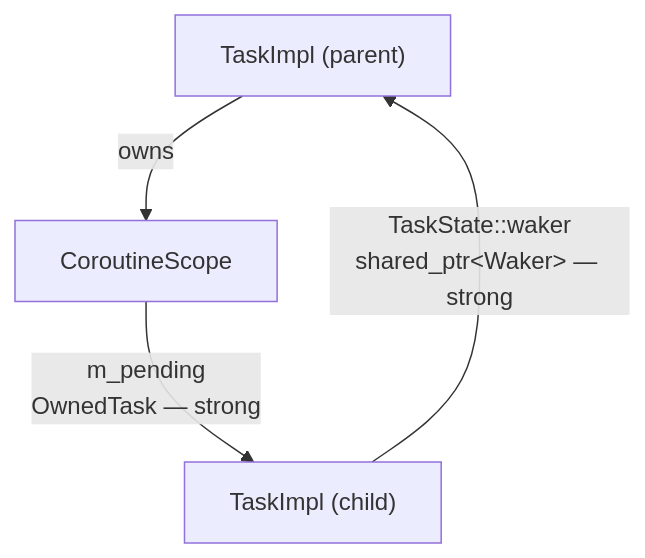
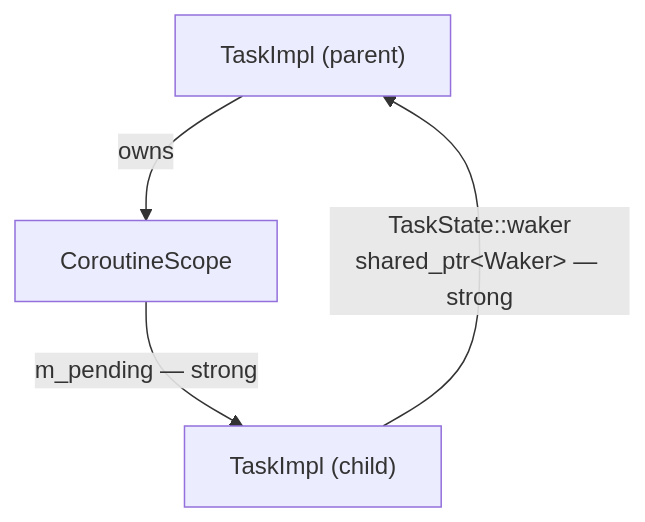
One commit to bts164/coro changed the first of 5 diagrams in doc/task_ownership.md. Above: the diagram before and after it, drawn with Mermaid. The commit also changed other lines of this file and 55 other files, not shown here.

````diff
--- a/doc/task_ownership.md
+++ b/doc/task_ownership.md
@@ -20,6 +16,6 @@
 ```mermaid
 graph TD
     Parent["TaskImpl (parent)"] -->|"owns"| Scope["CoroutineScope"]
-    Scope -->|"m_pending\nOwnedTask — strong"| ChildState["TaskImpl (child)"]
-    ChildState -->|"TaskState::waker\nshared_ptr&lt;Waker&gt; — strong"| Parent
+    Scope -->|"m_pending — strong"| Child["TaskImpl (child)"]
+    Child -->|"TaskState::waker\nshared_ptr&lt;Waker&gt; — strong"| Parent
 ```
````
